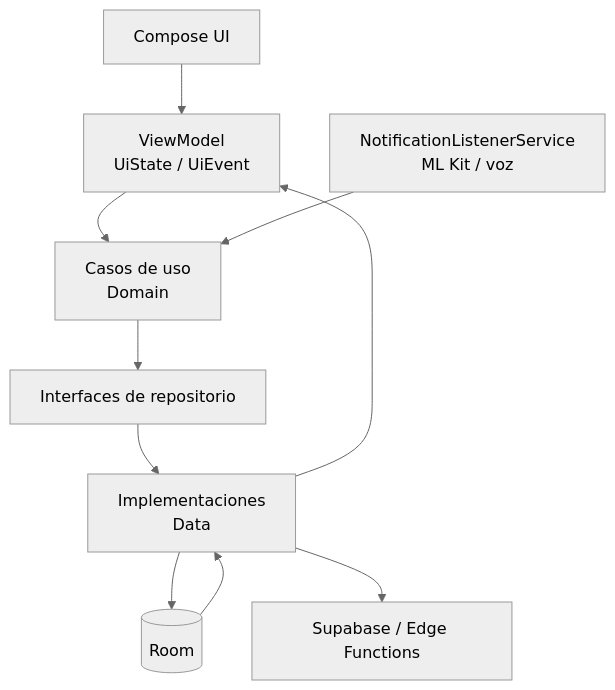
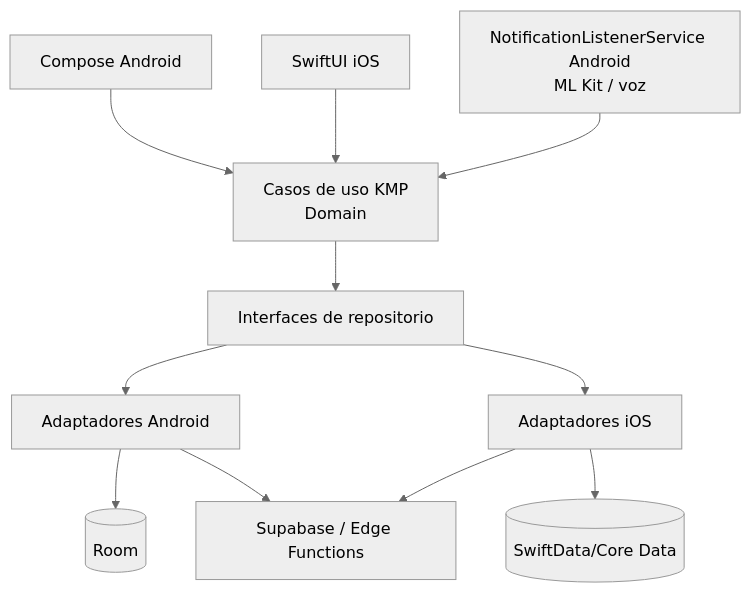
Before and after one commit to Sebastian-jimenez30/PocketMind: the second of 4 diagrams in docs/ESPECIFICACION_PRODUCTO.md, drawn with Mermaid (neutral theme). The commit also changed other lines of this file and 3 other files, not shown here.

````diff
--- a/docs/ESPECIFICACION_PRODUCTO.md
+++ b/docs/ESPECIFICACION_PRODUCTO.md
@@ -427,11 +442,13 @@
 ```mermaid
 flowchart TB
-  UI[Compose UI] --> VM[ViewModel\nUiState / UiEvent]
-  VM --> UC[Casos de uso\nDomain]
+  AUI[Compose Android] --> UC[Casos de uso KMP\nDomain]
+  IUI[SwiftUI iOS] --> UC
   UC --> RI[Interfaces de repositorio]
-  RI --> R[Implementaciones\nData]
-  R --> DB[(Room)]
-  R --> REM[Supabase / Edge Functions]
-  SYS[NotificationListenerService\nML Kit / voz] --> UC
-  DB --> R --> VM
+  RI --> AD[Adaptadores Android]
+  RI --> ID[Adaptadores iOS]
+  AD --> ADB[(Room)]
+  ID --> IDB[(SwiftData/Core Data)]
+  AD --> REM[Supabase / Edge Functions]
+  ID --> REM
+  SYS[NotificationListenerService Android\nML Kit / voz] --> UC
 ```
````
